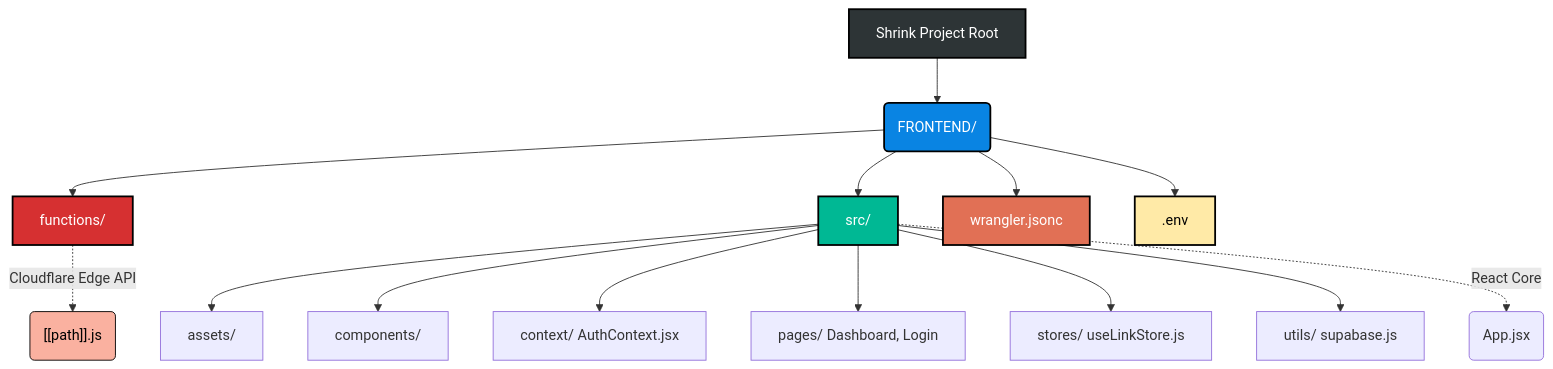
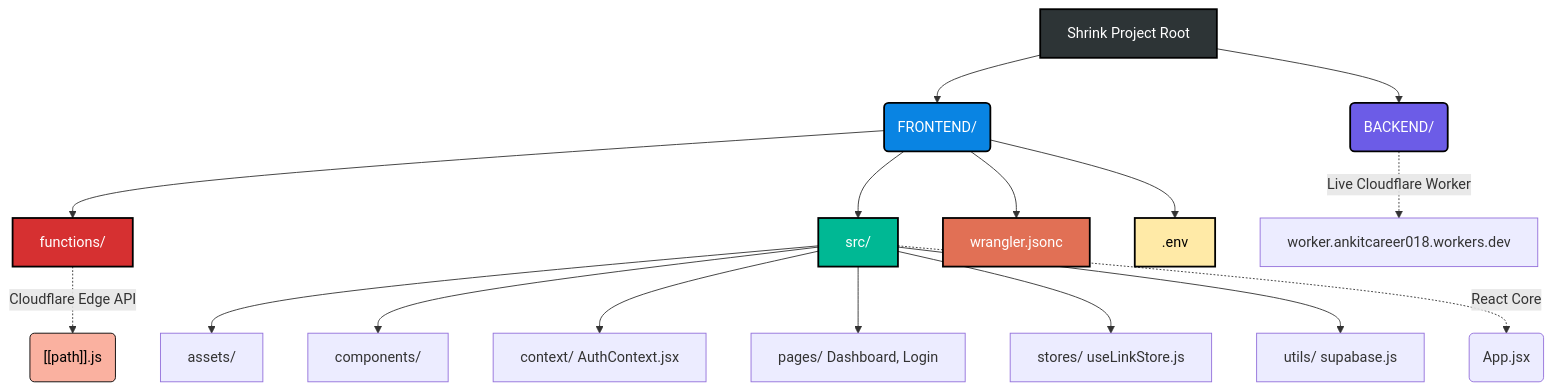
One commit to Ankit-cs/urlshortner changed the diagram in README.md. Above: the diagram before and after it, drawn with Mermaid. The commit also changed other lines of this file, not shown here.

````diff
--- a/README.md
+++ b/README.md
@@ -35,27 +36,31 @@
 ```mermaid
 graph TD
     A[Shrink Project Root] --> B(FRONTEND/)
     
     B --> C[functions/]
     C -.-> |Cloudflare Edge API| D("[[path]].js")
     
     B --> E[src/]
     E --> F[assets/]
     E --> G[components/]
     E --> H[context/ AuthContext.jsx]
     E --> I[pages/ Dashboard, Login]
     E --> J[stores/ useLinkStore.js]
     E --> K[utils/ supabase.js]
     E -.-> |React Core| L(App.jsx)
     
     B --> M[wrangler.jsonc]
     B --> N[.env]
+    
+    A --> O(BACKEND/)
+    O -.-> |Live Cloudflare Worker| P[worker.ankitcareer018.workers.dev]
 
     style A fill:#2d3436,stroke:#000,stroke-width:2px,color:#fff
     style B fill:#0984e3,stroke:#000,stroke-width:2px,color:#fff
     style C fill:#d63031,stroke:#000,stroke-width:2px,color:#fff
     style D fill:#fab1a0,stroke:#000,stroke-width:1px,color:#000
     style E fill:#00b894,stroke:#000,stroke-width:2px,color:#fff
     style M fill:#e17055,stroke:#000,stroke-width:2px,color:#fff
     style N fill:#ffeaa7,stroke:#000,stroke-width:2px,color:#000
+    style O fill:#6c5ce7,stroke:#000,stroke-width:2px,color:#fff
 ```
````
